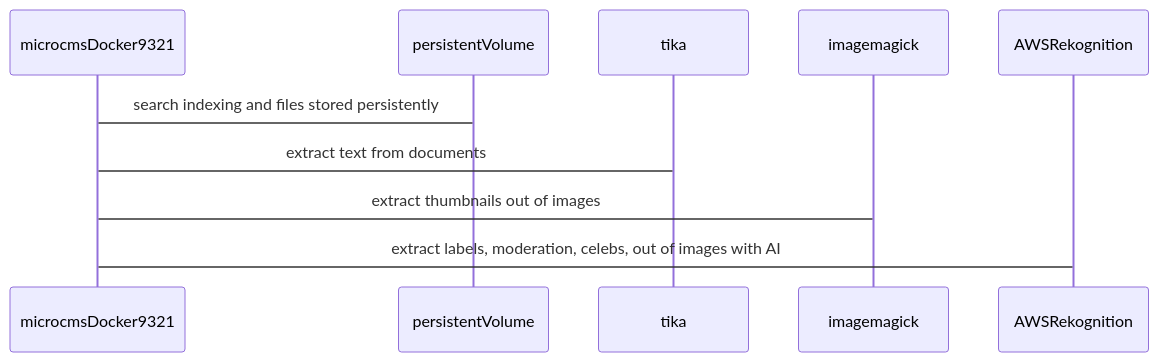
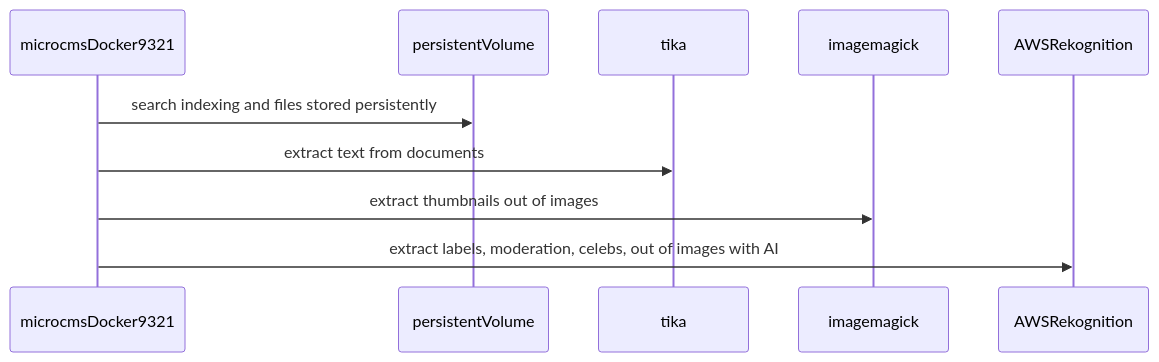
The second of 2 diagrams in README.md (rfielding/microcms), drawn with Mermaid before and after one commit. The commit also changed other lines of this file, not shown here.

Commit message:
document architecture

````diff
--- a/README.md
+++ b/README.md
@@ -61,7 +61,7 @@
 ```mermaid
 sequenceDiagram
-  microcmsDocker9321->persistentVolume: search indexing and files stored persistently
-  microcmsDocker9321->tika: extract text from documents
-  microcmsDocker9321->imagemagick: extract thumbnails out of images
-  microcmsDocker9321->AWSRekognition: extract labels, moderation, celebs, out of images with AI
+  microcmsDocker9321->>persistentVolume: search indexing and files stored persistently
+  microcmsDocker9321->>tika: extract text from documents
+  microcmsDocker9321->>imagemagick: extract thumbnails out of images
+  microcmsDocker9321->>AWSRekognition: extract labels, moderation, celebs, out of images with AI
 ```
````
